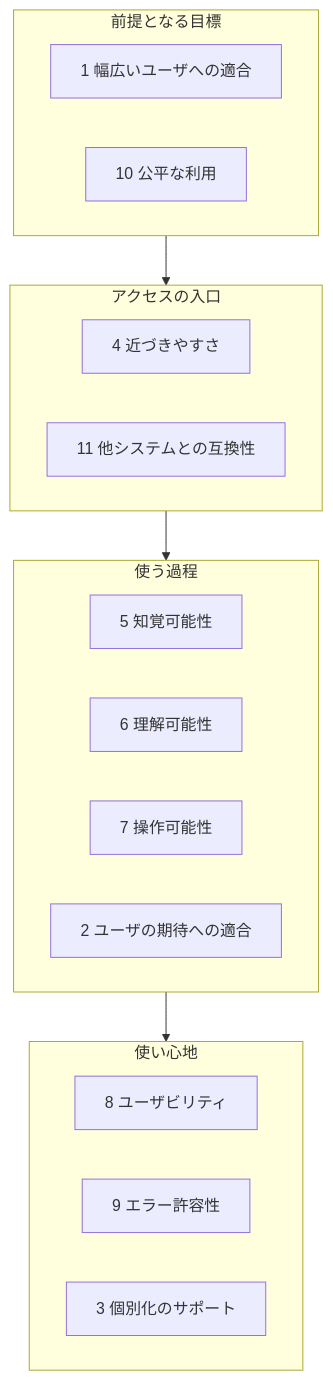
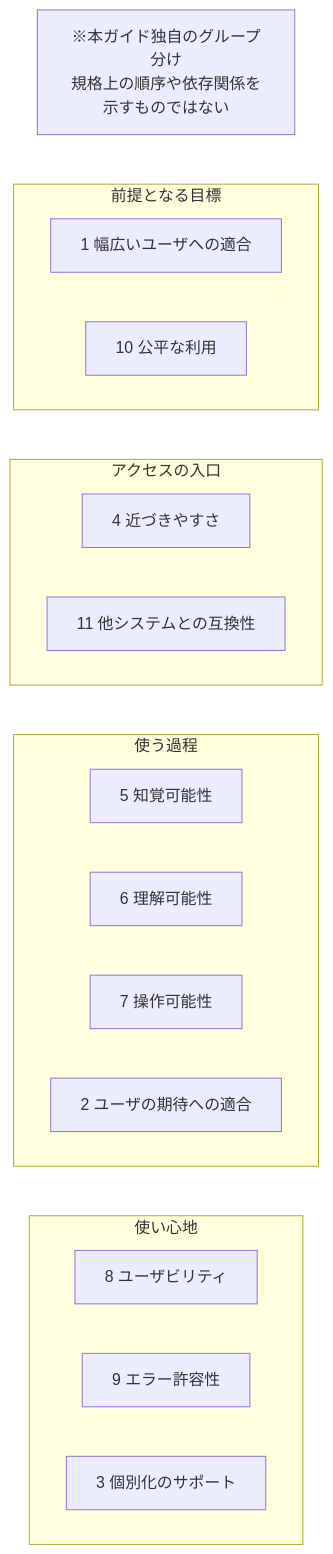
One commit to myoshi2891/Quality-Assurance-Studies changed the fifth of 8 diagrams in Iso-iec-29138-1-guide.md. Above: the diagram before and after it, drawn with Mermaid. The commit also changed other lines of this file, not shown here.

Commit message:
docs(iso-iec-29138-1): 目標グループ分けの図と解説を本ガイド独自の整理として明記

````diff
--- a/Iso-iec-29138-1-guide.md
+++ b/Iso-iec-29138-1-guide.md
@@ -210,23 +210,24 @@
 ```mermaid
 flowchart TD
+    NOTE["※本ガイド独自のグループ分け<br/>規格上の順序や依存関係を示すものではない"]
     subgraph 前提["前提となる目標"]
         G1["1 幅広いユーザへの適合"]
         G10["10 公平な利用"]
     end
     subgraph 入口["アクセスの入口"]
         G4["4 近づきやすさ"]
         G11["11 他システムとの互換性"]
     end
     subgraph 使う["使う過程"]
         G5["5 知覚可能性"]
         G6["6 理解可能性"]
         G7["7 操作可能性"]
         G2["2 ユーザの期待への適合"]
     end
     subgraph 質["使い心地"]
         G8["8 ユーザビリティ"]
         G9["9 エラー許容性"]
         G3["3 個別化のサポート"]
     end
-    前提 --> 入口 --> 使う --> 質
+    NOTE ~~~ 前提 ~~~ 入口 ~~~ 使う ~~~ 質
 ```
````
